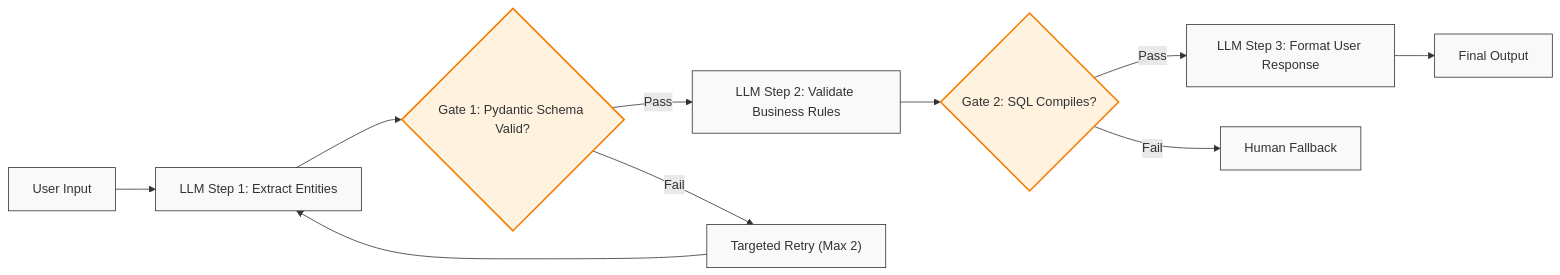
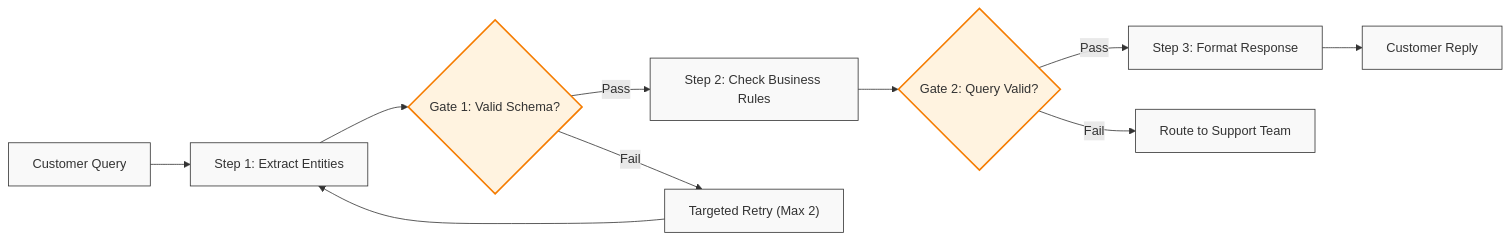
One commit to dip4k/senior-engineer-to-ai-engineer-roadmap changed the fourth of 8 diagrams in 04-agentic-systems-and-orchestration/01-workflows-vs-agents-and-orchestration-patterns.md. Above: the diagram before and after it, drawn with Mermaid. The commit also changed other lines of this file and 11 other files, not shown here.

````diff
--- a/04-agentic-systems-and-orchestration/01-workflows-vs-agents-and-orchestration-patterns.md
+++ b/04-agentic-systems-and-orchestration/01-workflows-vs-agents-and-orchestration-patterns.md
@@ -176,15 +171,15 @@
 ```mermaid
 flowchart LR
     classDef node fill:#f9f9f9,stroke:#333,stroke-width:1px;
     classDef gate fill:#fff3e0,stroke:#f57c00,stroke-width:2px;
 
-    UI["User Input"]:::node --> S1["LLM Step 1: Extract Entities"]:::node
-    S1 --> Gate1{"Gate 1: Pydantic Schema Valid?"}:::gate
-    Gate1 -- "Pass" --> S2["LLM Step 2: Validate Business Rules"]:::node
+    Input["Customer Query"]:::node --> S1["Step 1: Extract Entities"]:::node
+    S1 --> Gate1{"Gate 1: Valid Schema?"}:::gate
+    Gate1 -- "Pass" --> S2["Step 2: Check Business Rules"]:::node
     Gate1 -- "Fail" --> Retry1["Targeted Retry (Max 2)"]:::node
     Retry1 --> S1
-    S2 --> Gate2{"Gate 2: SQL Compiles?"}:::gate
-    Gate2 -- "Pass" --> S3["LLM Step 3: Format User Response"]:::node
-    Gate2 -- "Fail" --> Fallback["Human Fallback"]:::node
-    S3 --> Out["Final Output"]:::node
+    S2 --> Gate2{"Gate 2: Query Valid?"}:::gate
+    Gate2 -- "Pass" --> S3["Step 3: Format Response"]:::node
+    Gate2 -- "Fail" --> Fallback["Route to Support Team"]:::node
+    S3 --> Out["Customer Reply"]:::node
 ```
````
